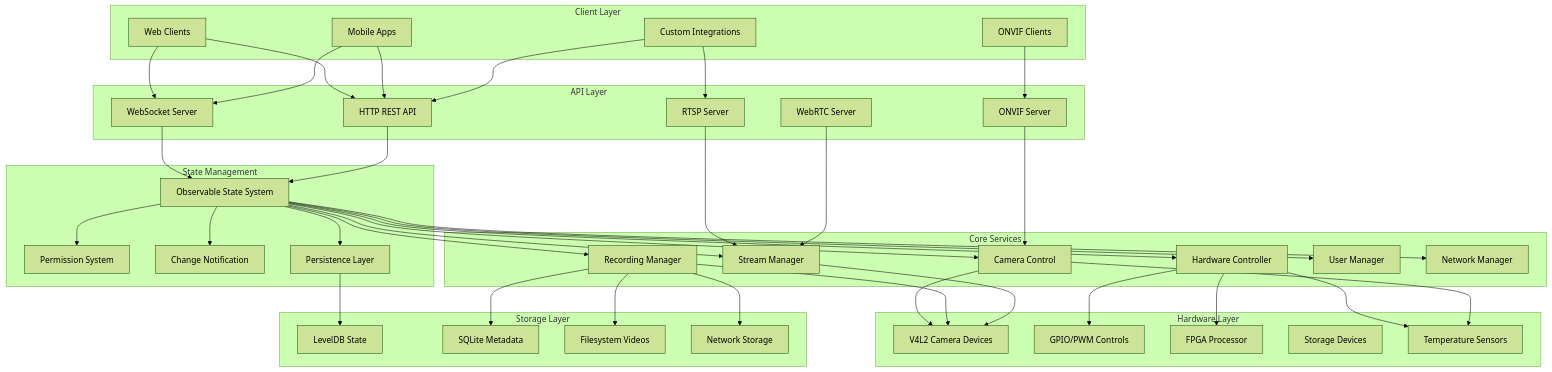
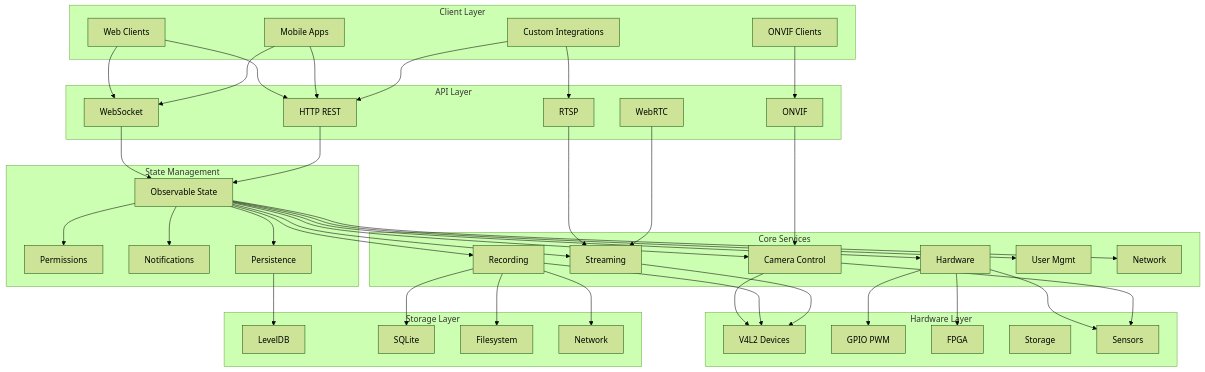
One commit to JayeshKakkad-Rotoclear/Rotoclear-C-Pro-Docs changed the first of 9 diagrams in docs/architecture/overview.md. Above: the diagram before and after it, drawn with Mermaid (forest theme). The commit also changed other lines of this file and 16 other files, not shown here.

Commit message:
Fix Mermaid diagram text overflow issues - Simplified all node labels to prevent text cutoff - Removed line breaks from node text - Shortened labels while maintaining clarity - Fixed all diagrams to display properly on website

```diff
--- a/docs/architecture/overview.md
+++ b/docs/architecture/overview.md
@@ -16,42 +16,42 @@
     end
     
     subgraph APILayer["API Layer"]
-        B1[WebSocket Server]
-        B2[HTTP REST API]
-        B3[RTSP Server]
-        B4[WebRTC Server]
-        B5[ONVIF Server]
+        B1[WebSocket]
+        B2[HTTP REST]
+        B3[RTSP]
+        B4[WebRTC]
+        B5[ONVIF]
     end
     
     subgraph StateManagement["State Management"]
-        C1[Observable State System]
-        C2[Permission System]
-        C3[Change Notification]
-        C4[Persistence Layer]
+        C1[Observable State]
+        C2[Permissions]
+        C3[Notifications]
+        C4[Persistence]
     end
     
     subgraph CoreServices["Core Services"]
         D1[Camera Control]
-        D2[Recording Manager]
-        D3[Stream Manager]
-        D4[Hardware Controller]
-        D5[User Manager]
-        D6[Network Manager]
+        D2[Recording]
+        D3[Streaming]
+        D4[Hardware]
+        D5[User Mgmt]
+        D6[Network]
     end
     
     subgraph HardwareLayer["Hardware Layer"]
-        E1[V4L2 Camera Devices]
-        E2[GPIO/PWM Controls]
-        E3[FPGA Processor]
-        E4[Storage Devices]
-        E5[Temperature Sensors]
+        E1[V4L2 Devices]
+        E2[GPIO PWM]
+        E3[FPGA]
+        E4[Storage]
+        E5[Sensors]
     end
     
     subgraph StorageLayer["Storage Layer"]
-        F1[LevelDB State]
-        F2[SQLite Metadata]
-        F3[Filesystem Videos]
-        F4[Network Storage]
+        F1[LevelDB]
+        F2[SQLite]
+        F3[Filesystem]
+        F4[Network]
     end
     
     A1 --> B1
```
